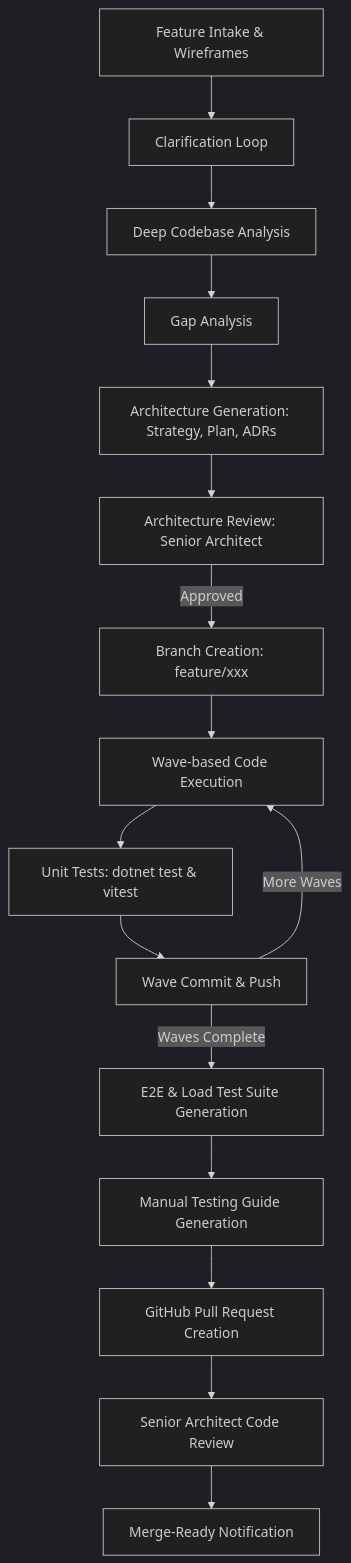
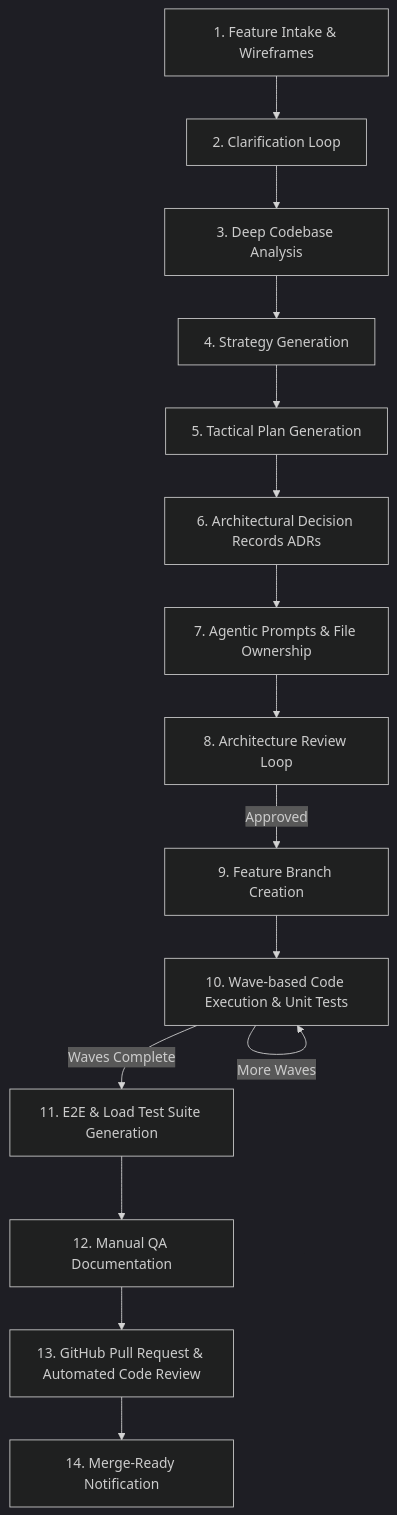
One commit to CABM-CRUCIBLE/homecare-af changed the diagram in README.md. Above: the diagram before and after it, drawn with Mermaid (dark theme). The commit also changed other lines of this file, not shown here.

````diff
--- a/README.md
+++ b/README.md
@@ -23,18 +29,17 @@
 ```mermaid
 flowchart TD
-    A[Feature Intake & Wireframes] --> B[Clarification Loop]
-    B --> C[Deep Codebase Analysis]
-    C --> D[Gap Analysis]
-    D --> E[Architecture Generation: Strategy, Plan, ADRs]
-    E --> F[Architecture Review: Senior Architect]
-    F -->|Approved| G[Branch Creation: feature/xxx]
-    G --> H[Wave-based Code Execution]
-    H --> I[Unit Tests: dotnet test & vitest]
-    I --> J[Wave Commit & Push]
-    J -->|More Waves| H
-    J -->|Waves Complete| K[E2E & Load Test Suite Generation]
-    K --> L[Manual Testing Guide Generation]
-    L --> M[GitHub Pull Request Creation]
-    M --> N[Senior Architect Code Review]
-    N --> O[Merge-Ready Notification]
+    A[1. Feature Intake & Wireframes] --> B[2. Clarification Loop]
+    B --> C[3. Deep Codebase Analysis]
+    C --> D[4. Strategy Generation]
+    D --> E[5. Tactical Plan Generation]
+    E --> F[6. Architectural Decision Records ADRs]
+    F --> G[7. Agentic Prompts & File Ownership]
+    G --> H[8. Architecture Review Loop]
+    H -->|Approved| I[9. Feature Branch Creation]
+    I --> J[10. Wave-based Code Execution & Unit Tests]
+    J -->|More Waves| J
+    J -->|Waves Complete| K[11. E2E & Load Test Suite Generation]
+    K --> L[12. Manual QA Documentation]
+    L --> M[13. GitHub Pull Request & Automated Code Review]
+    M --> N[14. Merge-Ready Notification]
 ```
````
